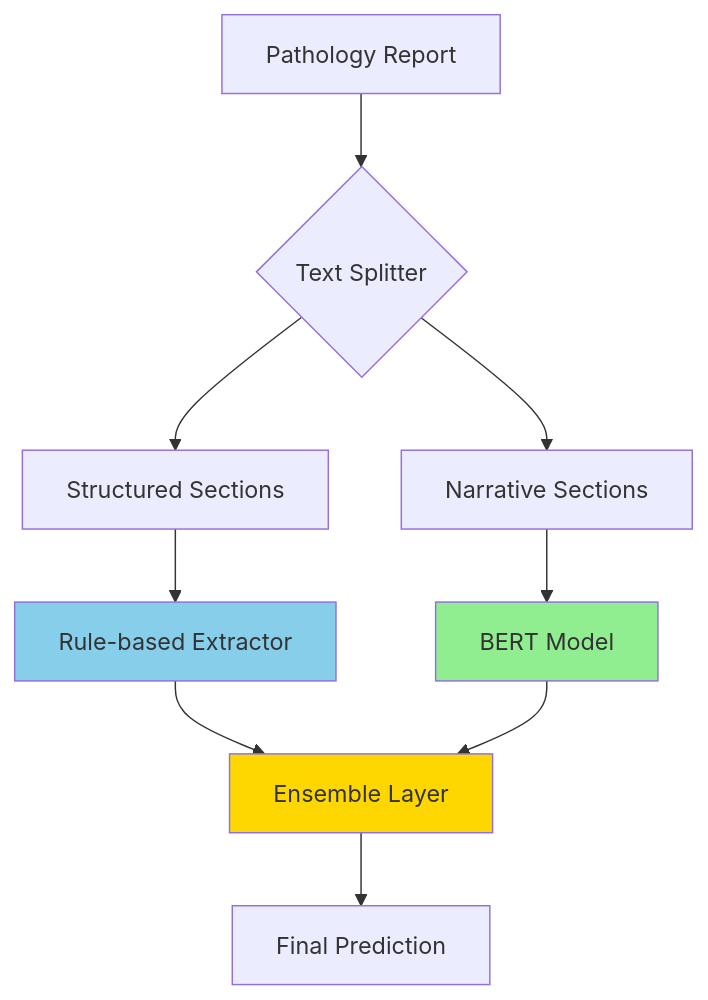
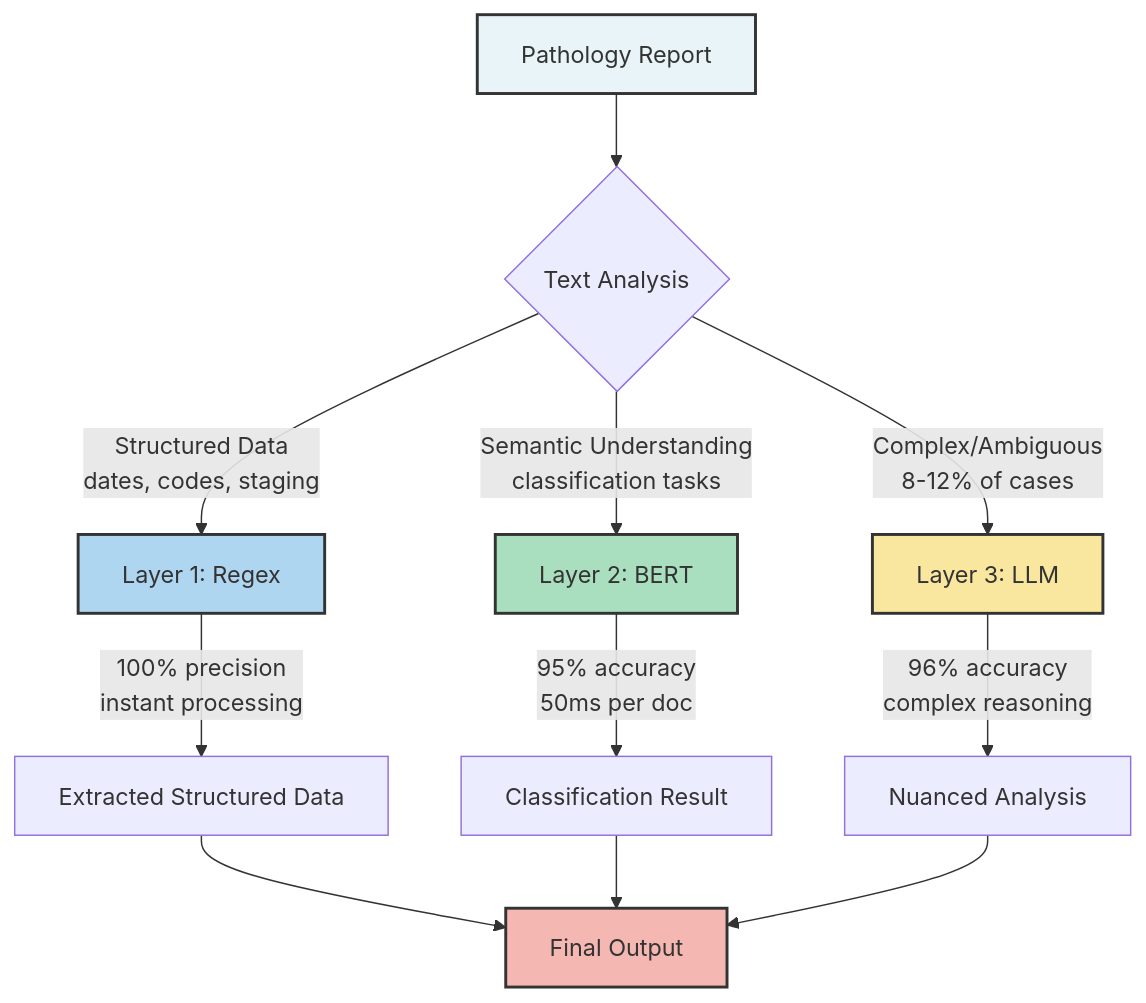
One commit to lgondara/qa_gen changed the first of 4 diagrams in iclr_blogpost_draft (1).md. Above: the diagram before and after it, drawn with Mermaid.

Commit message:
Revise hybrid architecture diagram in blog post
Updated the architecture diagram to reflect a new text analysis flow with multiple layers and their respective functions.

````diff
--- a/iclr_blogpost_draft (1).md
+++ b/iclr_blogpost_draft (1).md
@@ -57,15 +57,26 @@
 ```mermaid
 graph TD
-    A[Pathology Report] --> B{Text Splitter}
-    B --> C[Structured Sections]
-    B --> D[Narrative Sections]
-    C --> E[Rule-based Extractor]
-    D --> F[BERT Model]
-    E --> G[Ensemble Layer]
-    F --> G
-    G --> H[Final Prediction]
+    A[Pathology Report] --> B{Text Analysis}
     
-    style E fill:#87CEEB
-    style F fill:#90EE90
-    style G fill:#FFD700
+    B -->|Structured Data<br/>dates, codes, staging| C[Layer 1: Regex]
+    B -->|Semantic Understanding<br/>classification tasks| D[Layer 2: BERT]
+    B -->|Complex/Ambiguous<br/>8-12% of cases| E[Layer 3: LLM]
+    
+    C -->|100% precision<br/>instant processing| F[Extracted Structured Data]
+    D -->|95% accuracy<br/>50ms per doc| G[Classification Result]
+    E -->|96% accuracy<br/>complex reasoning| H[Nuanced Analysis]
+    
+    F --> I[Final Output]
+    G --> I
+    H --> I
+    
+    style A fill:#e8f4f8,stroke:#333,stroke-width:2px
+    style C fill:#aed6f1,stroke:#333,stroke-width:2px
+    style D fill:#a9dfbf,stroke:#333,stroke-width:2px
+    style E fill:#f9e79f,stroke:#333,stroke-width:2px
+    style I fill:#f5b7b1,stroke:#333,stroke-width:2px
+    
+    classDef layer1 fill:#aed6f1,stroke:#333,stroke-width:2px
+    classDef layer2 fill:#a9dfbf,stroke:#333,stroke-width:2px
+    classDef layer3 fill:#f9e79f,stroke:#333,stroke-width:2px
 ```
````
